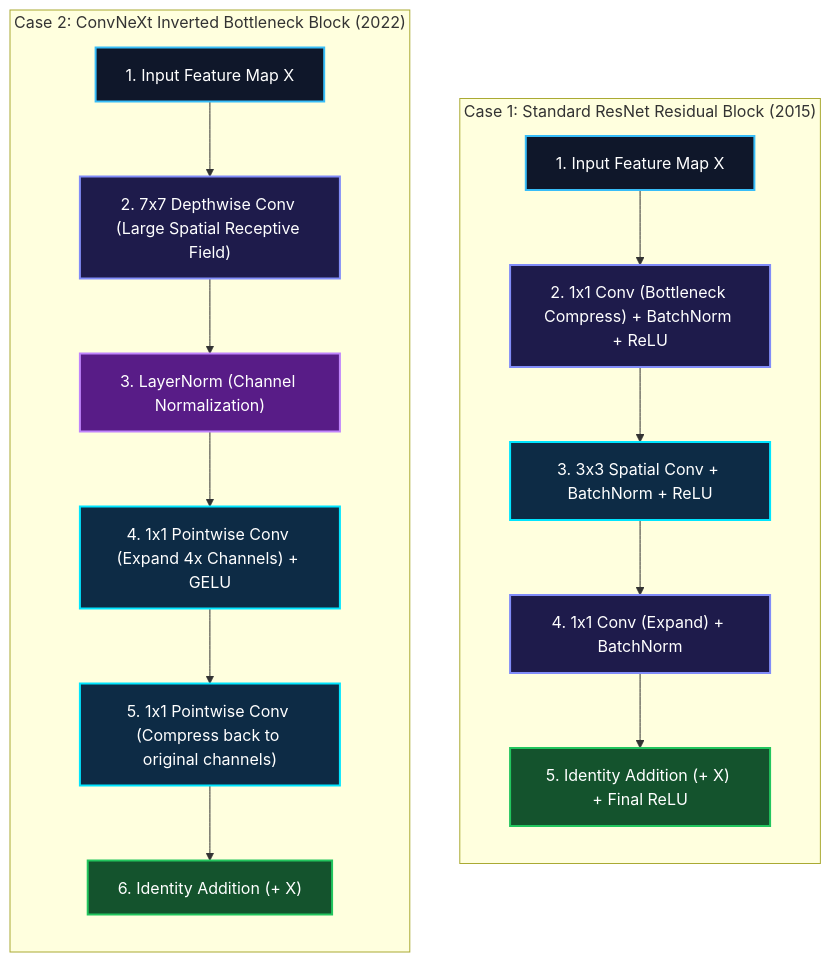
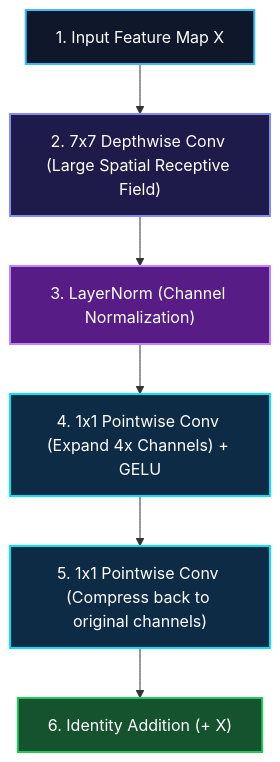
One commit to narenandu/narenvadapalli_dot_com changed the second of 3 diagrams in contents/blog/0079-evolutionary-arc-computer-vision-lenet-resnet-convnext-3d-video/index.md. Above: the diagram before and after it, drawn with Mermaid. The commit also changed other lines of this file, not shown here.

Commit message:
fix(blog-0079): update Mermaid diagrams to sequential vertical blocks and fix math rendering

````diff
--- a/contents/blog/0079-evolutionary-arc-computer-vision-lenet-resnet-convnext-3d-video/index.md
+++ b/contents/blog/0079-evolutionary-arc-computer-vision-lenet-resnet-convnext-3d-video/index.md
@@ -57,40 +78,18 @@
 ```mermaid
 flowchart TD
-    direction TB
+    C_IN["1. Input Feature Map X"]
+    C_DW["2. 7x7 Depthwise Conv (Large Spatial Receptive Field)"]
+    C_LN["3. LayerNorm (Channel Normalization)"]
+    C_PW1["4. 1x1 Pointwise Conv (Expand 4x Channels) + GELU"]
+    C_PW2["5. 1x1 Pointwise Conv (Compress back to original channels)"]
+    C_ADD["6. Identity Addition (+ X)"]
 
-    subgraph ResNet_Block ["Case 1: Standard ResNet Residual Block (2015)"]
-        direction TB
-        R_IN["1. Input Feature Map X"]
-        R_CONV1["2. 1x1 Conv (Bottleneck Compress) + BatchNorm + ReLU"]
-        R_CONV2["3. 3x3 Spatial Conv + BatchNorm + ReLU"]
-        R_CONV3["4. 1x1 Conv (Expand) + BatchNorm"]
-        R_ADD["5. Identity Addition (+ X) + Final ReLU"]
-
-        R_IN --> R_CONV1 --> R_CONV2 --> R_CONV3 --> R_ADD
-    end
-
-    subgraph ConvNeXt_Block ["Case 2: ConvNeXt Inverted Bottleneck Block (2022)"]
-        direction TB
-        C_IN["1. Input Feature Map X"]
-        C_DW["2. 7x7 Depthwise Conv (Large Spatial Receptive Field)"]
-        C_LN["3. LayerNorm (Channel Normalization)"]
-        C_PW1["4. 1x1 Pointwise Conv (Expand 4x Channels) + GELU"]
-        C_PW2["5. 1x1 Pointwise Conv (Compress back to original channels)"]
-        C_ADD["6. Identity Addition (+ X)"]
-
-        C_IN --> C_DW --> C_LN --> C_PW1 --> C_PW2 --> C_ADD
-    end
-
-    style R_IN fill:#0f172a,stroke:#38bdf8,stroke-width:2px,color:#ffffff
-    style R_CONV1 fill:#1e1b4b,stroke:#818cf8,stroke-width:2px,color:#ffffff
-    style R_CONV2 fill:#0d2b45,stroke:#00e5ff,stroke-width:2px,color:#ffffff
-    style R_CONV3 fill:#1e1b4b,stroke:#818cf8,stroke-width:2px,color:#ffffff
-    style R_ADD fill:#14532d,stroke:#22c55e,stroke-width:2px,color:#ffffff
+    C_IN --> C_DW --> C_LN --> C_PW1 --> C_PW2 --> C_ADD
 
     style C_IN fill:#0f172a,stroke:#38bdf8,stroke-width:2px,color:#ffffff
     style C_DW fill:#1e1b4b,stroke:#818cf8,stroke-width:2px,color:#ffffff
     style C_LN fill:#581c87,stroke:#c084fc,stroke-width:2px,color:#ffffff
     style C_PW1 fill:#0d2b45,stroke:#00e5ff,stroke-width:2px,color:#ffffff
     style C_PW2 fill:#0d2b45,stroke:#00e5ff,stroke-width:2px,color:#ffffff
     style C_ADD fill:#14532d,stroke:#22c55e,stroke-width:2px,color:#ffffff
 ```
````
